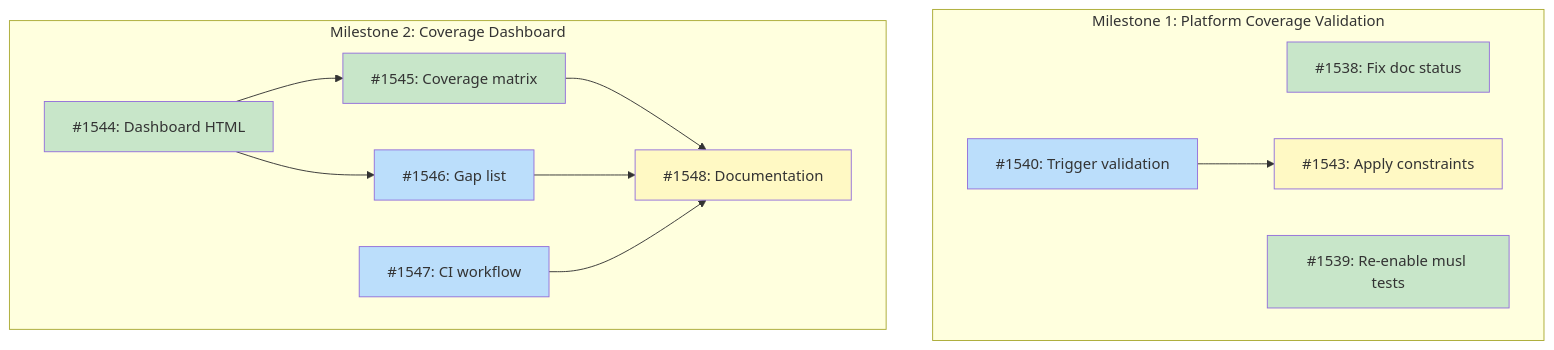
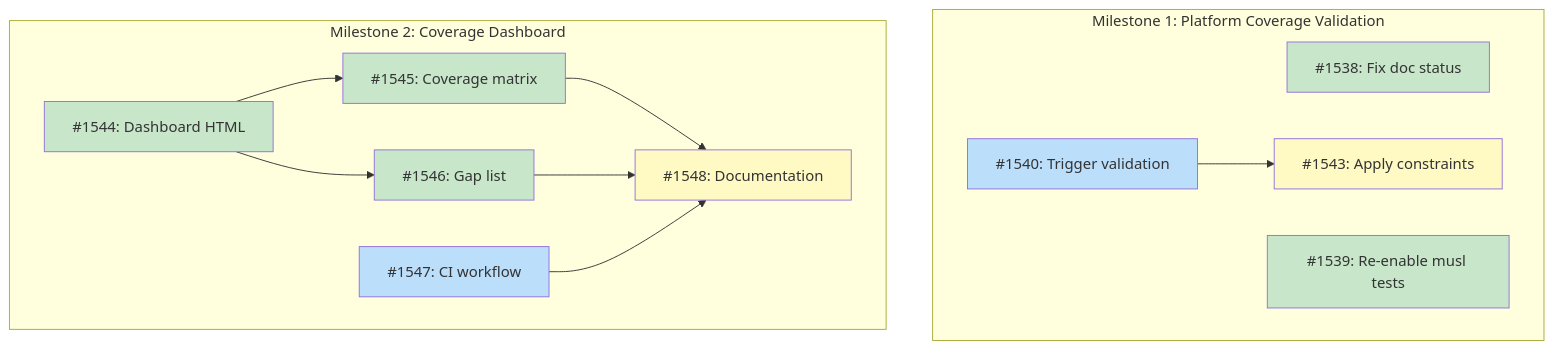
One commit to tsukumogami/tsuku changed the diagram in docs/designs/DESIGN-recipe-coverage-system.md. Above: the diagram before and after it, drawn with Mermaid. The commit also changed other lines of this file, not shown here.

````diff
--- a/docs/designs/DESIGN-recipe-coverage-system.md
+++ b/docs/designs/DESIGN-recipe-coverage-system.md
@@ -51,33 +51,33 @@
 ```mermaid
 graph TD
     subgraph M1["Milestone 1: Platform Coverage Validation"]
         I1538["#1538: Fix doc status"]
         I1539["#1539: Re-enable musl tests"]
         I1540["#1540: Trigger validation"]
         I1543["#1543: Apply constraints"]
     end
 
     subgraph M2["Milestone 2: Coverage Dashboard"]
         I1544["#1544: Dashboard HTML"]
         I1545["#1545: Coverage matrix"]
         I1546["#1546: Gap list"]
         I1547["#1547: CI workflow"]
         I1548["#1548: Documentation"]
     end
 
     I1540 --> I1543
     I1544 --> I1545
     I1544 --> I1546
     I1545 --> I1548
     I1546 --> I1548
     I1547 --> I1548
 
     classDef done fill:#c8e6c9
     classDef ready fill:#bbdefb
     classDef blocked fill:#fff9c4
     classDef needsDesign fill:#e1bee7
 
-    class I1538,I1539,I1544,I1545 done
-    class I1540,I1546,I1547 ready
+    class I1538,I1539,I1544,I1545,I1546 done
+    class I1540,I1547 ready
     class I1543,I1548 blocked
 ```
````
